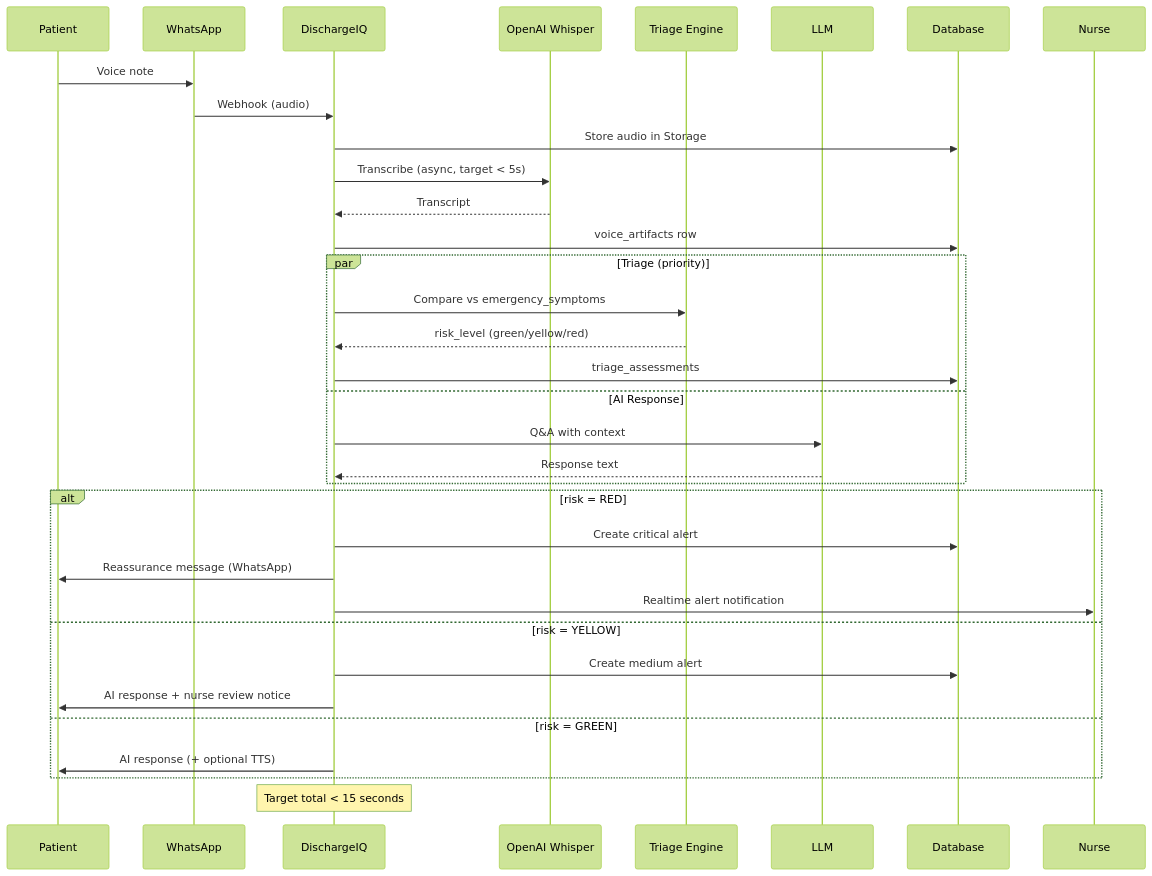
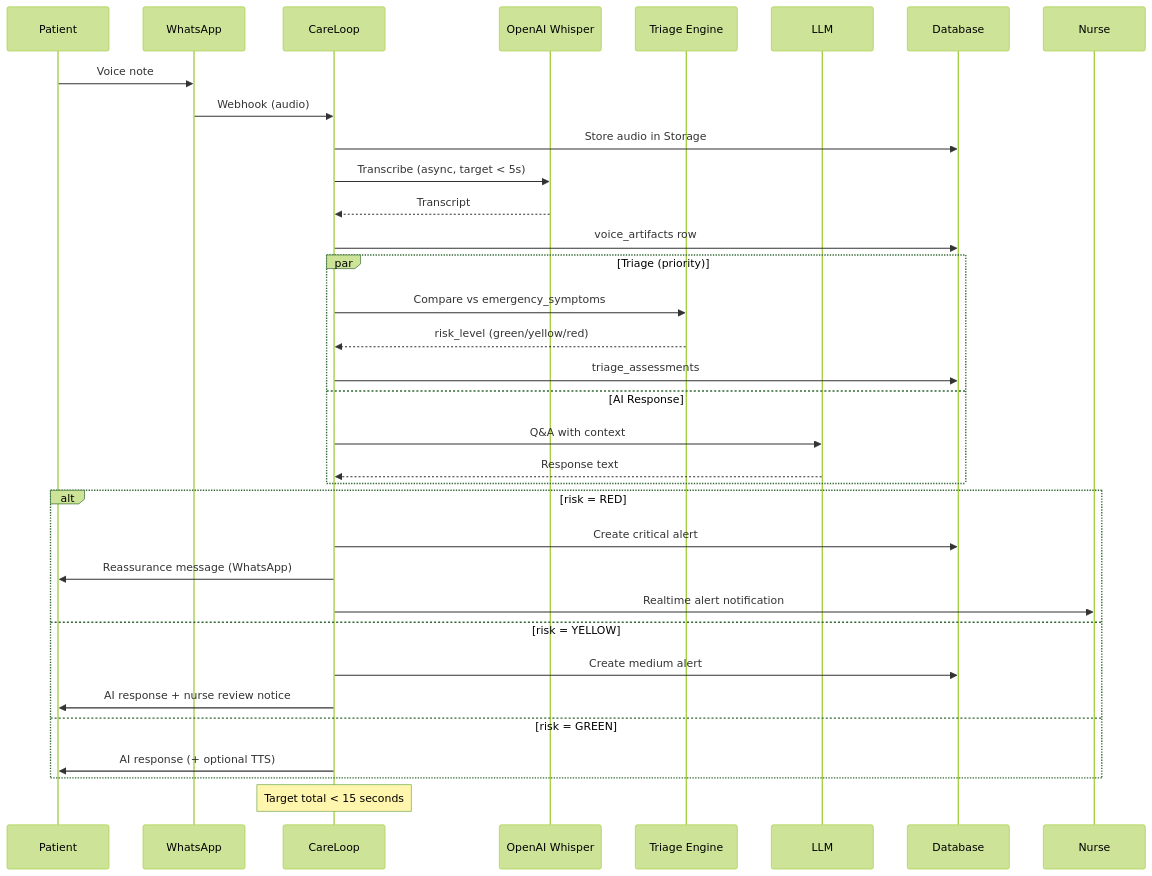
Before and after one commit to FuadAhamed91/-DischargeIQ: the ninth of 10 diagrams in ARCHITECTURE.md, drawn with Mermaid (forest theme). The commit also changed other lines of this file and 2 other files, not shown here.

First line of the commit message:
docs: DischargeIQ is now CareLoop

````diff
--- a/ARCHITECTURE.md
+++ b/ARCHITECTURE.md
@@ -1093,39 +1093,39 @@
 ```mermaid
 sequenceDiagram
     participant Patient
     participant WA as WhatsApp
-    participant API as DischargeIQ
+    participant API as CareLoop
     participant Whisper as OpenAI Whisper
     participant Triage as Triage Engine
     participant AI as LLM
     participant DB as Database
 
     Patient->>WA: Voice note
     WA->>API: Webhook (audio)
     API->>DB: Store audio in Storage
     API->>Whisper: Transcribe (async, target < 5s)
     Whisper-->>API: Transcript
     API->>DB: voice_artifacts row
 
     par Triage (priority)
         API->>Triage: Compare vs emergency_symptoms
         Triage-->>API: risk_level (green/yellow/red)
         API->>DB: triage_assessments
     and AI Response
         API->>AI: Q&A with context
         AI-->>API: Response text
     end
 
     alt risk = RED
         API->>DB: Create critical alert
         API->>Patient: Reassurance message (WhatsApp)
         API->>Nurse: Realtime alert notification
     else risk = YELLOW
         API->>DB: Create medium alert
         API->>Patient: AI response + nurse review notice
     else risk = GREEN
         API->>Patient: AI response (+ optional TTS)
     end
 
     Note over API: Target total < 15 seconds
 ```
````
